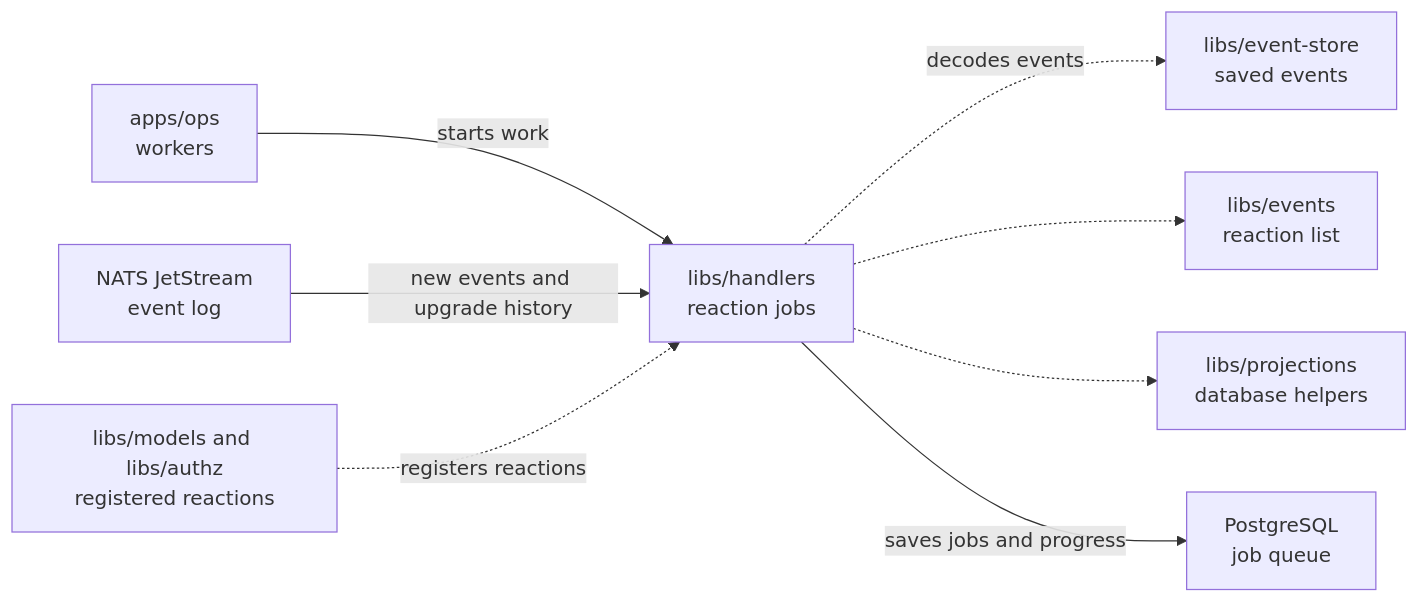
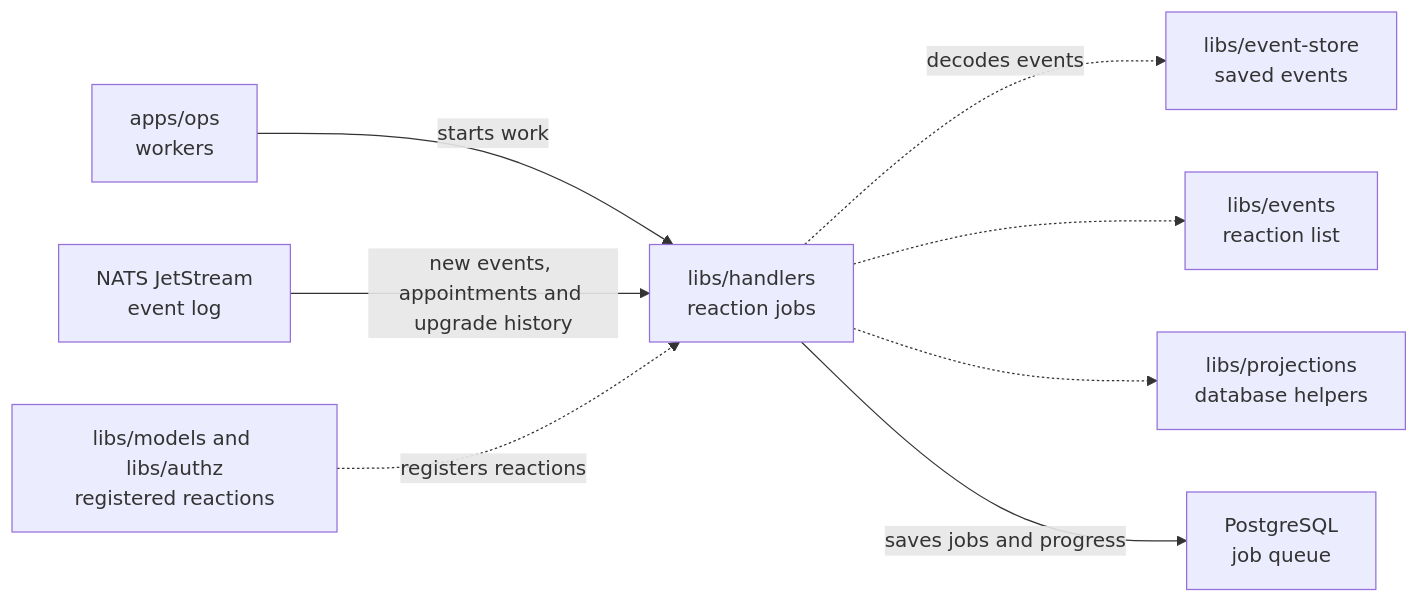
The diagram in libs/handlers/README.md (elewa-git/opencrane-new), drawn with Mermaid before and after one commit. The commit also changed other lines of this file and 35 other files, not shown here.

````diff
--- a/libs/handlers/README.md
+++ b/libs/handlers/README.md
@@ -28,10 +28,10 @@
 ```mermaid
 flowchart LR
   ops["apps/ops<br/>workers"] -->|starts work| handlers["libs/handlers<br/>reaction jobs"]
-  nats["NATS JetStream<br/>event log"] -->|new events and upgrade history| handlers
+  nats["NATS JetStream<br/>event log"] -->|new events, appointments and upgrade history| handlers
   reactions["libs/models and libs/authz<br/>registered reactions"] -.->|registers reactions| handlers
   handlers -.->|decodes events| store["libs/event-store<br/>saved events"]
   handlers -.-> events["libs/events<br/>reaction list"]
   handlers -.-> projections["libs/projections<br/>database helpers"]
   handlers -->|saves jobs and progress| pg["PostgreSQL<br/>job queue"]
 ```
````
